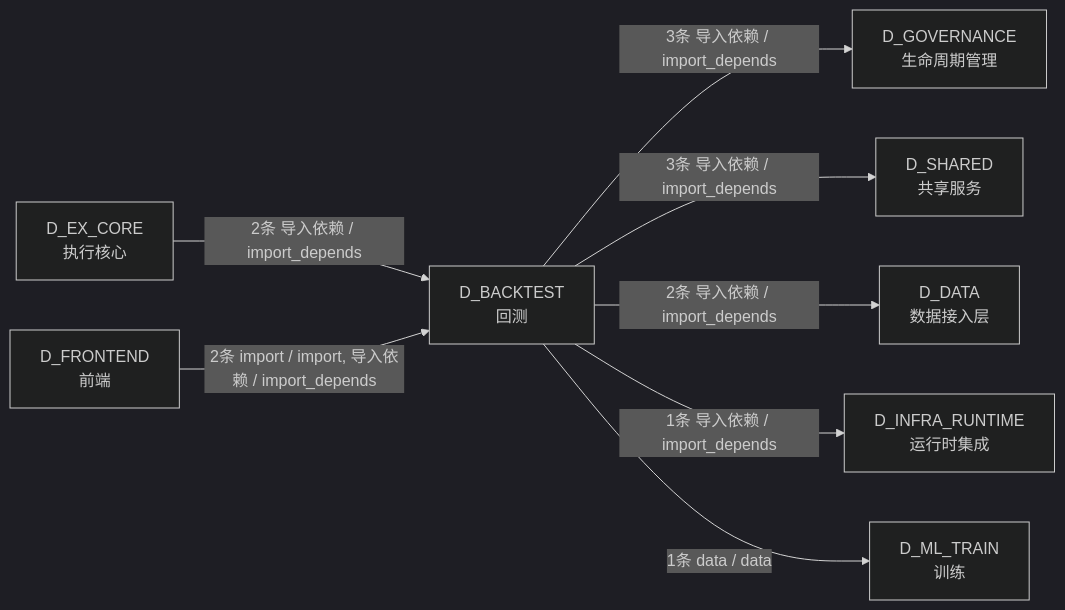
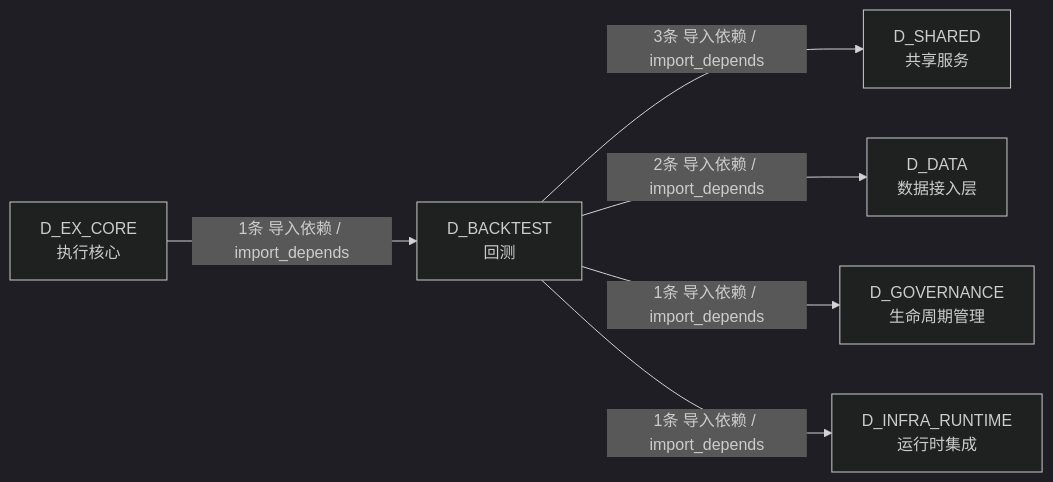
Before and after one commit to xuanFelixVan/ZephyrAlpha: the third of 3 diagrams in docs/02_enterprise_architecture/02_domain_architecture_docs/30_d_backtest.md, drawn with Mermaid (dark theme). The commit also changed other lines of this file and 128 other files, not shown here.

````diff
--- a/docs/02_enterprise_architecture/02_domain_architecture_docs/30_d_backtest.md
+++ b/docs/02_enterprise_architecture/02_domain_architecture_docs/30_d_backtest.md
@@ -325,18 +249,14 @@
 ```mermaid
 graph LR
     D_BACKTEST["D_BACKTEST<br/>回测"]
-    D_GOVERNANCE["D_GOVERNANCE<br/>生命周期管理"]
     D_SHARED["D_SHARED<br/>共享服务"]
     D_DATA["D_DATA<br/>数据接入层"]
+    D_GOVERNANCE["D_GOVERNANCE<br/>生命周期管理"]
     D_INFRA_RUNTIME["D_INFRA_RUNTIME<br/>运行时集成"]
-    D_ML_TRAIN["D_ML_TRAIN<br/>训练"]
     D_EX_CORE["D_EX_CORE<br/>执行核心"]
-    D_FRONTEND["D_FRONTEND<br/>前端"]
-    D_BACKTEST -->|3条 导入依赖 / import_depends| D_GOVERNANCE
     D_BACKTEST -->|3条 导入依赖 / import_depends| D_SHARED
     D_BACKTEST -->|2条 导入依赖 / import_depends| D_DATA
+    D_BACKTEST -->|1条 导入依赖 / import_depends| D_GOVERNANCE
     D_BACKTEST -->|1条 导入依赖 / import_depends| D_INFRA_RUNTIME
-    D_BACKTEST -->|1条 data / data| D_ML_TRAIN
-    D_EX_CORE -->|2条 导入依赖 / import_depends| D_BACKTEST
-    D_FRONTEND -->|2条 import / import, 导入依赖 / import_depends| D_BACKTEST
+    D_EX_CORE -->|1条 导入依赖 / import_depends| D_BACKTEST
 ```
````
